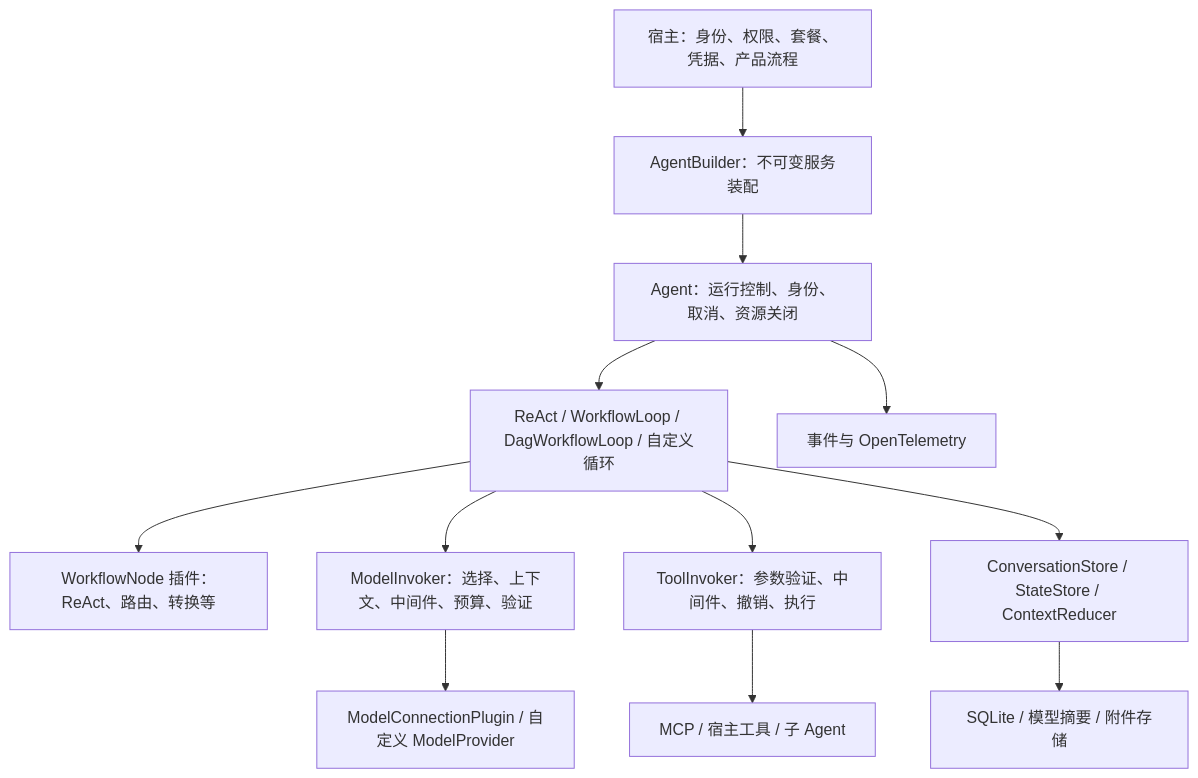
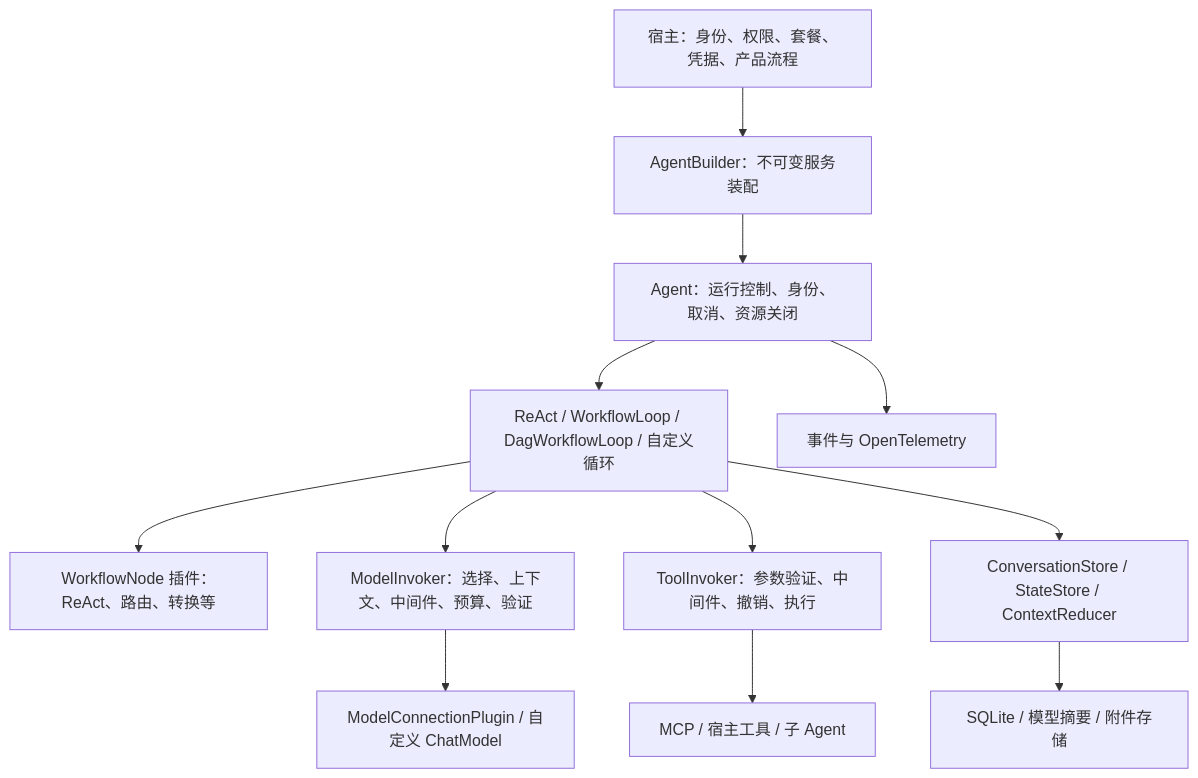
The diagram in README.md (Penglai-Link/eliteforge-agent-framework), drawn with Mermaid before and after one commit. The commit also changed other lines of this file and 251 other files, not shown here.

````diff
--- a/README.md
+++ b/README.md
@@ -5,14 +5,14 @@
 ```mermaid
 flowchart TD
     Host[宿主：身份、权限、套餐、凭据、产品流程] --> Build[AgentBuilder：不可变服务装配]
     Build --> Agent[Agent：运行控制、身份、取消、资源关闭]
     Agent --> Loop[ReAct / WorkflowLoop / DagWorkflowLoop / 自定义循环]
     Loop --> Nodes[WorkflowNode 插件：ReAct、路由、转换等]
     Loop --> Models[ModelInvoker：选择、上下文、中间件、预算、验证]
     Loop --> Tools[ToolInvoker：参数验证、中间件、撤销、执行]
-    Models --> ModelPlugins[ModelConnectionPlugin / 自定义 ModelProvider]
+    Models --> ModelPlugins[ModelConnectionPlugin / 自定义 ChatModel]
     Tools --> ToolPlugins[MCP / 宿主工具 / 子 Agent]
     Loop --> State[ConversationStore / StateStore / ContextReducer]
     State --> Implementations[SQLite / 模型摘要 / 附件存储]
     Agent --> Telemetry[事件与 OpenTelemetry]
 ```
````
